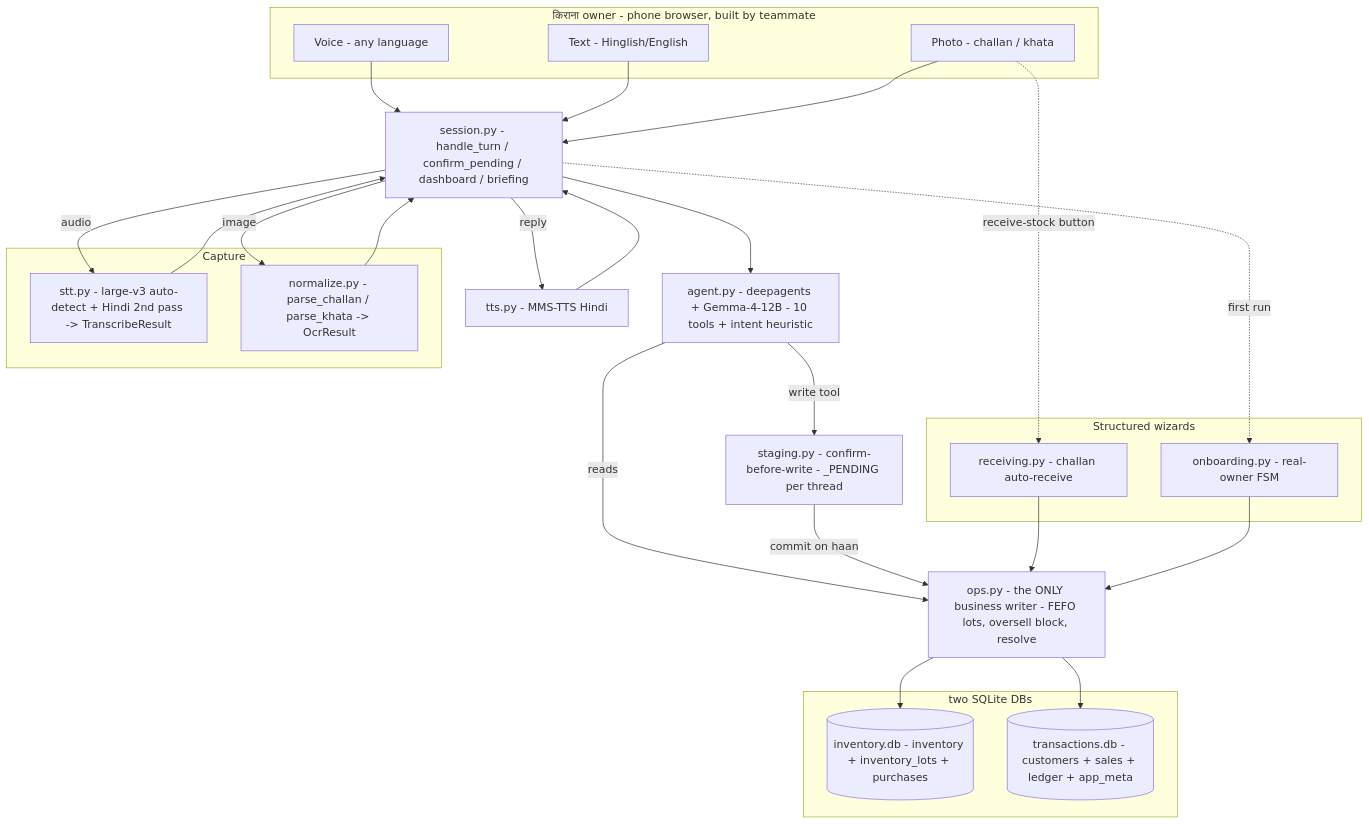
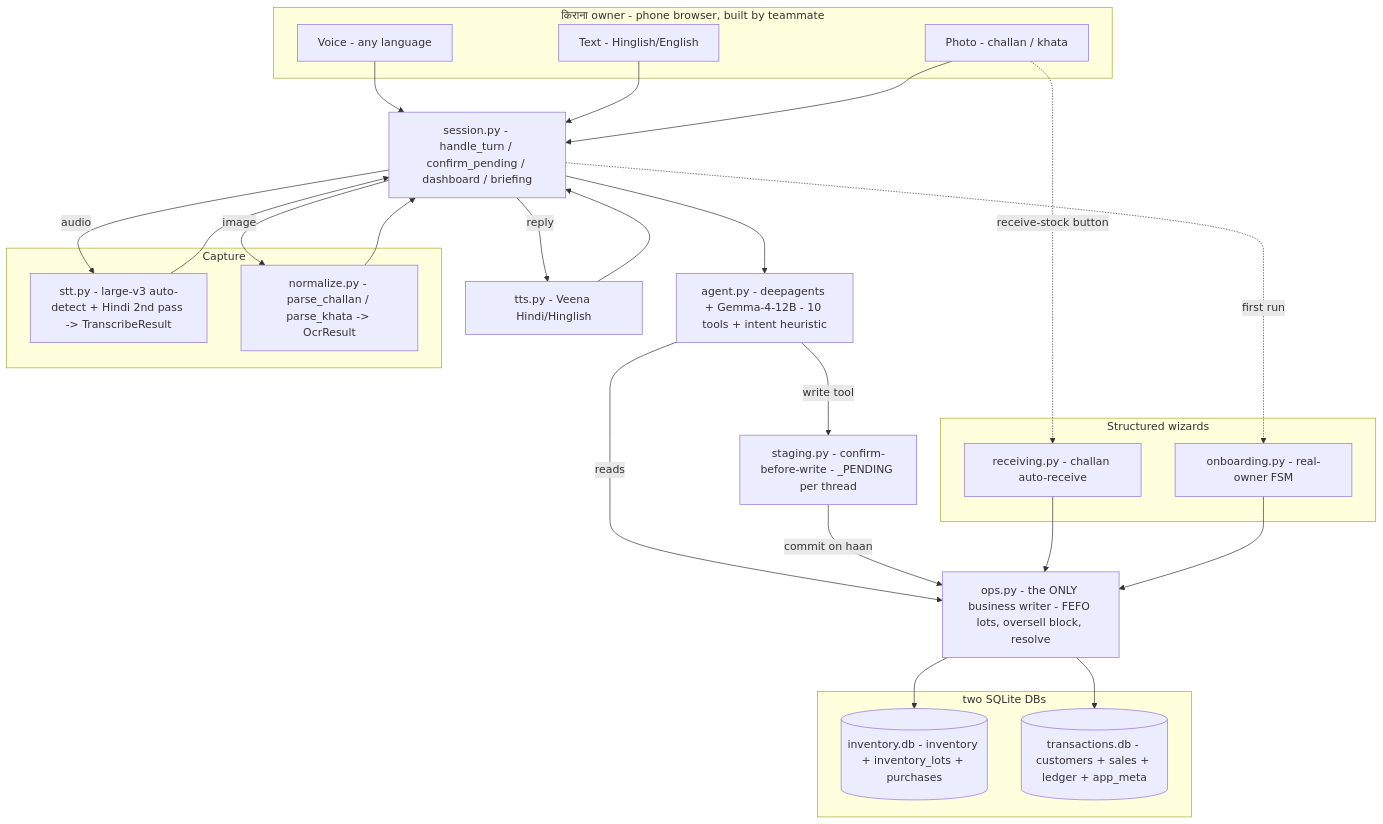
Before and after one commit to PrathamSingla15/dukaan-saathi: the first of 5 diagrams in docs/final_report.md, drawn with Mermaid. The commit also changed other lines of this file and 11 other files, not shown here.

````diff
--- a/docs/final_report.md
+++ b/docs/final_report.md
@@ -64,45 +64,45 @@
 ```mermaid
 flowchart TD
     subgraph UI[किराना owner - phone browser, built by teammate]
       MIC[Voice - any language]
       TXT[Text - Hinglish/English]
       CAM[Photo - challan / khata]
     end
 
     SES[session.py - handle_turn / confirm_pending / dashboard / briefing]
 
     subgraph CAP[Capture]
       STT[stt.py - large-v3 auto-detect + Hindi 2nd pass -> TranscribeResult]
       OCR[normalize.py - parse_challan / parse_khata -> OcrResult]
     end
 
     AG[agent.py - deepagents + Gemma-4-12B - 10 tools + intent heuristic]
     STG[staging.py - confirm-before-write - _PENDING per thread]
 
     subgraph WIZ[Structured wizards]
       RCV[receiving.py - challan auto-receive]
       ONB[onboarding.py - real-owner FSM]
     end
 
     OPS[ops.py - the ONLY business writer - FEFO lots, oversell block, resolve]
     subgraph DATA[two SQLite DBs]
       INV[(inventory.db - inventory + inventory_lots + purchases)]
       TXN[(transactions.db - customers + sales + ledger + app_meta)]
     end
-    TTS[tts.py - MMS-TTS Hindi]
+    TTS[tts.py - Veena Hindi/Hinglish]
 
     MIC --> SES
     TXT --> SES
     CAM --> SES
     SES -->|audio| STT --> SES
     SES -->|image| OCR --> SES
     SES --> AG
     AG -->|write tool| STG
     AG -->|reads| OPS
     STG -->|commit on haan| OPS
     CAM -.->|receive-stock button| RCV --> OPS
     SES -.->|first run| ONB --> OPS
     OPS --> INV
     OPS --> TXN
     SES -->|reply| TTS --> SES
 ```
````
